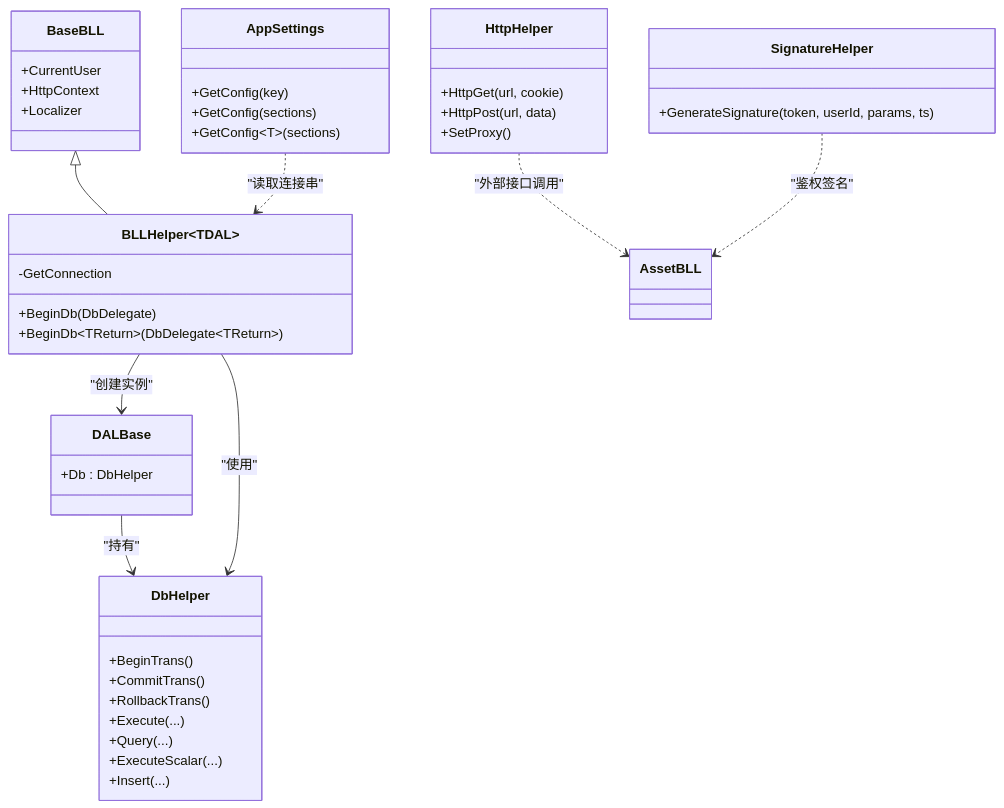
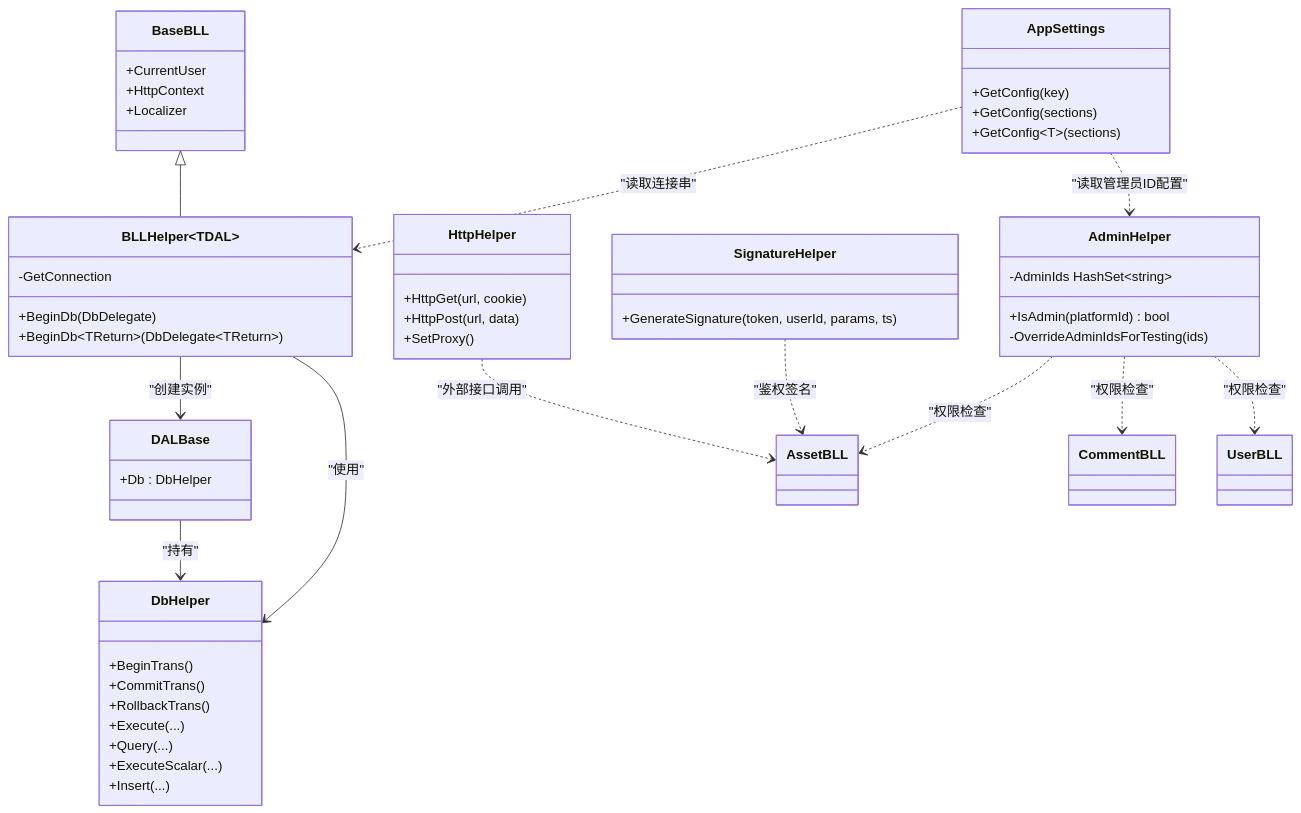
Before and after one commit to TinyMaD/SpeedRunnersLab: the second of 8 diagrams in .qoder/repowiki/zh/content/后端 API 服务/工具类库/工具类库.md, drawn with Mermaid. The commit also changed other lines of this file and 29 other files, not shown here.

````diff
--- a/.qoder/repowiki/zh/content/后端 API 服务/工具类库/工具类库.md
+++ b/.qoder/repowiki/zh/content/后端 API 服务/工具类库/工具类库.md
@@ -119,45 +132,54 @@
 ```mermaid
 classDiagram
 class BaseBLL {
 +CurrentUser
 +HttpContext
 +Localizer
 }
 class BLLHelper~TDAL~ {
 -GetConnection
 +BeginDb(DbDelegate)
 +BeginDb~TReturn~(DbDelegate~TReturn~)
 }
 class DALBase {
 +Db : DbHelper
 }
 class DbHelper {
 +BeginTrans()
 +CommitTrans()
 +RollbackTrans()
 +Execute(...)
 +Query(...)
 +ExecuteScalar(...)
 +Insert(...)
 }
 class AppSettings {
 +GetConfig(key)
 +GetConfig(sections)
 +GetConfig~T~(sections)
 }
 class HttpHelper {
 +HttpGet(url, cookie)
 +HttpPost(url, data)
 +SetProxy()
 }
 class SignatureHelper {
 +GenerateSignature(token, userId, params, ts)
 }
+class AdminHelper {
++IsAdmin(platformId) bool
+-AdminIds HashSet~string~
+-OverrideAdminIdsForTesting(ids)
+}
 BaseBLL <|-- BLLHelper~TDAL~
 DALBase --> DbHelper : "持有"
 BLLHelper~TDAL~ --> DALBase : "创建实例"
 BLLHelper~TDAL~ --> DbHelper : "使用"
 AppSettings ..> BLLHelper~TDAL~ : "读取连接串"
+AppSettings ..> AdminHelper : "读取管理员ID配置"
 HttpHelper ..> AssetBLL : "外部接口调用"
 SignatureHelper ..> AssetBLL : "鉴权签名"
+AdminHelper ..> AssetBLL : "权限检查"
+AdminHelper ..> CommentBLL : "权限检查"
+AdminHelper ..> UserBLL : "权限检查"
 ```
````
